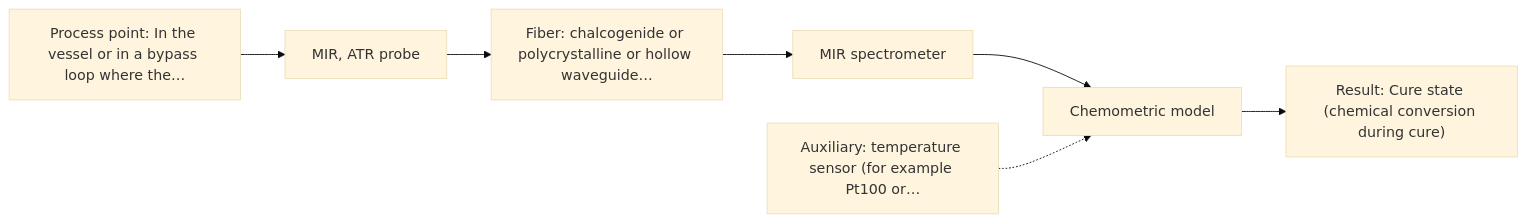
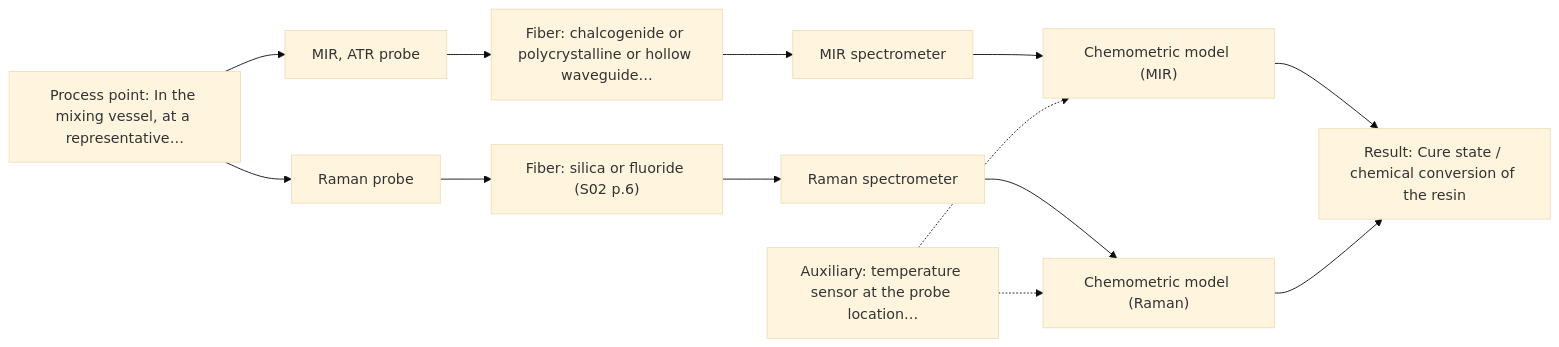
The first of 2 diagrams in outputs/adversarial/A10.md (sleipnir029/Afs-Spectroscopy-Assistant), drawn with Mermaid (base theme) before and after one commit. The commit also changed other lines of this file and 41 other files, not shown here.

````diff
--- a/outputs/adversarial/A10.md
+++ b/outputs/adversarial/A10.md
@@ -38,16 +38,26 @@
 ```mermaid
 flowchart LR
-    proc["Process point: In the vessel or in a bypass loop where the…"]
+    proc["Process point: In the mixing vessel, at a representative…"]
     probe1["MIR, ATR probe"]
     fiber1["Fiber: chalcogenide or polycrystalline or hollow waveguide…"]
     spec1["MIR spectrometer"]
-    model["Chemometric model"]
-    result["Result: Cure state (chemical conversion during cure)"]
-    aux1["Auxiliary: temperature sensor (for example Pt100 or…"]
+    model1["Chemometric model (MIR)"]
+    probe2["Raman probe"]
+    fiber2["Fiber: silica or fluoride (S02 p.6)"]
+    spec2["Raman spectrometer"]
+    model2["Chemometric model (Raman)"]
+    result["Result: Cure state / chemical conversion of the resin"]
+    aux1["Auxiliary: temperature sensor at the probe location…"]
     proc --> probe1
     probe1 --> fiber1
     fiber1 --> spec1
-    spec1 --> model
-    model --> result
-    aux1 -.-> model
+    spec1 --> model1
+    proc --> probe2
+    probe2 --> fiber2
+    fiber2 --> spec2
+    spec2 --> model2
+    model1 --> result
+    model2 --> result
+    aux1 -.-> model1
+    aux1 -.-> model2
 ```
````
